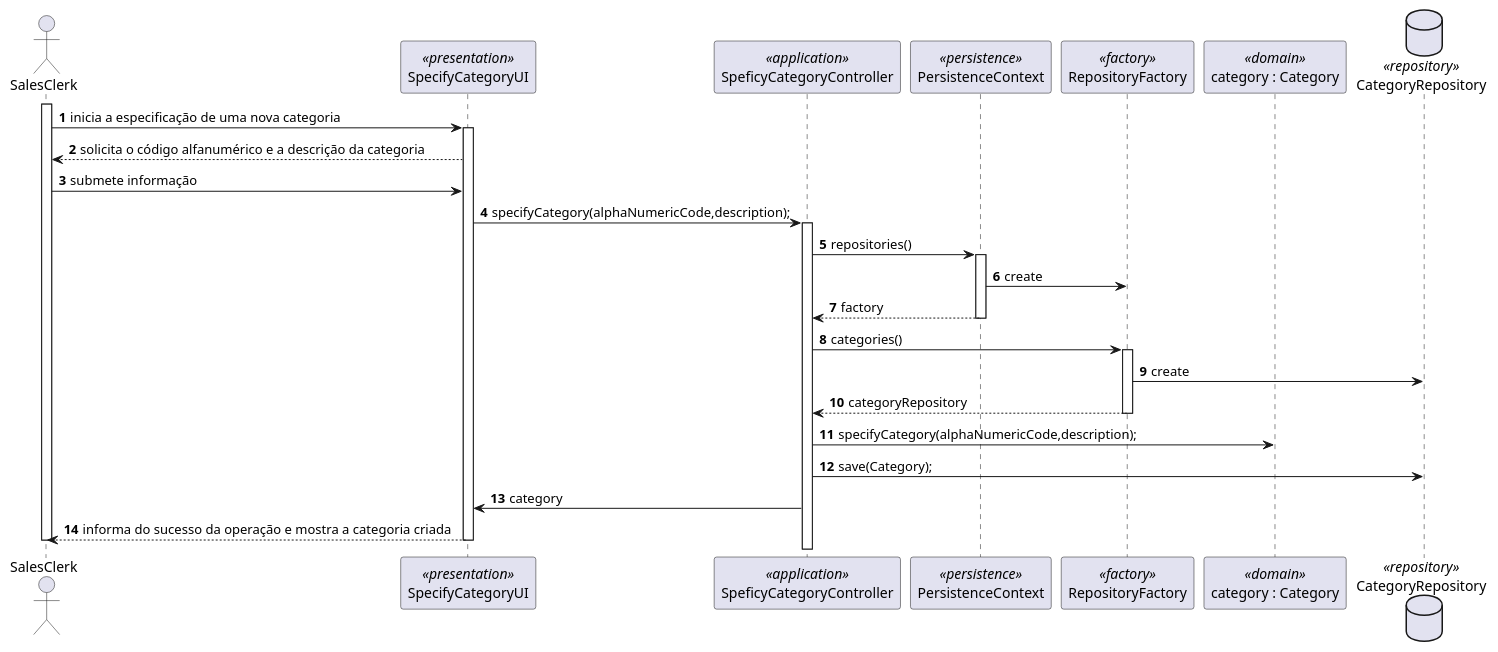
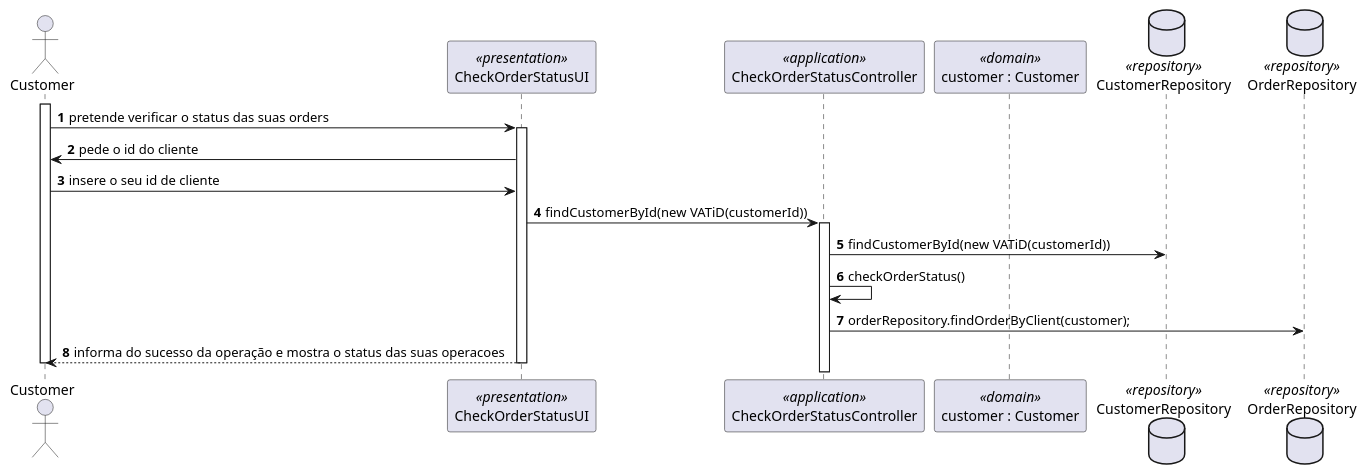
Before and after one commit to 1190772/LAB-Project-4: the diagram in Documentação/1190772/US1502/1502_SD.puml, drawn with PlantUML. The commit also changed 6 other files, not shown here.

```diff
--- a/Documentação/1190772/US1502/1502_SD.puml
+++ b/Documentação/1190772/US1502/1502_SD.puml
@@ -1,37 +1,27 @@
 @startuml
 autonumber
-actor "SalesClerk" as SC
-participant "SpecifyCategoryUI" as UI <<presentation>>
-participant "SpeficyCategoryController" as CTRL <<application>>
-participant PersistenceContext as PER <<persistence>>
-participant "RepositoryFactory" as REPOFACT <<factory>>
-participant "category : Category" as CUST <<domain>>
-database "CategoryRepository" as custREPO <<repository>>
+actor "Customer" as CU
+participant "CheckOrderStatusUI" as UI <<presentation>>
+participant "CheckOrderStatusController" as CTRL <<application>>
+participant "customer : Customer" as CUST <<domain>>
+database "CustomerRepository" as custREPO <<repository>>
+database "OrderRepository" as orderREPO <<repository>>
 
 
 
-activate SC
-SC -> UI : inicia a especificação de uma nova categoria
+activate CU
+CU -> UI : pretende verificar o status das suas orders
 activate UI
-UI --> SC : solicita o código alfanumérico e a descrição da categoria
-SC -> UI : submete informação
-UI -> CTRL : specifyCategory(alphaNumericCode,description);
+UI-> CU : pede o id do cliente
+CU-> UI : insere o seu id de cliente
+UI -> CTRL : findCustomerById(new VATiD(customerId))
 activate CTRL
-CTRL -> PER : repositories()
-activate PER
-PER -> REPOFACT : create
-PER --> CTRL : factory
-deactivate PER
-CTRL -> REPOFACT : categories()
-activate REPOFACT
-REPOFACT -> custREPO : create
-REPOFACT --> CTRL : categoryRepository
-deactivate REPOFACT
-CTRL -> CUST : specifyCategory(alphaNumericCode,description);
-CTRL -> custREPO: save(Category);
-CTRL -> UI : category
-UI --> SC : informa do sucesso da operação e mostra a categoria criada
+CTRL -> custREPO : findCustomerById(new VATiD(customerId))
+CTRL -> CTRL : checkOrderStatus()
+CTRL-> orderREPO : orderRepository.findOrderByClient(customer);
+
+UI --> CU : informa do sucesso da operação e mostra o status das suas operacoes
 deactivate UI
-deactivate SC
+deactivate CU
 
 @enduml
```
